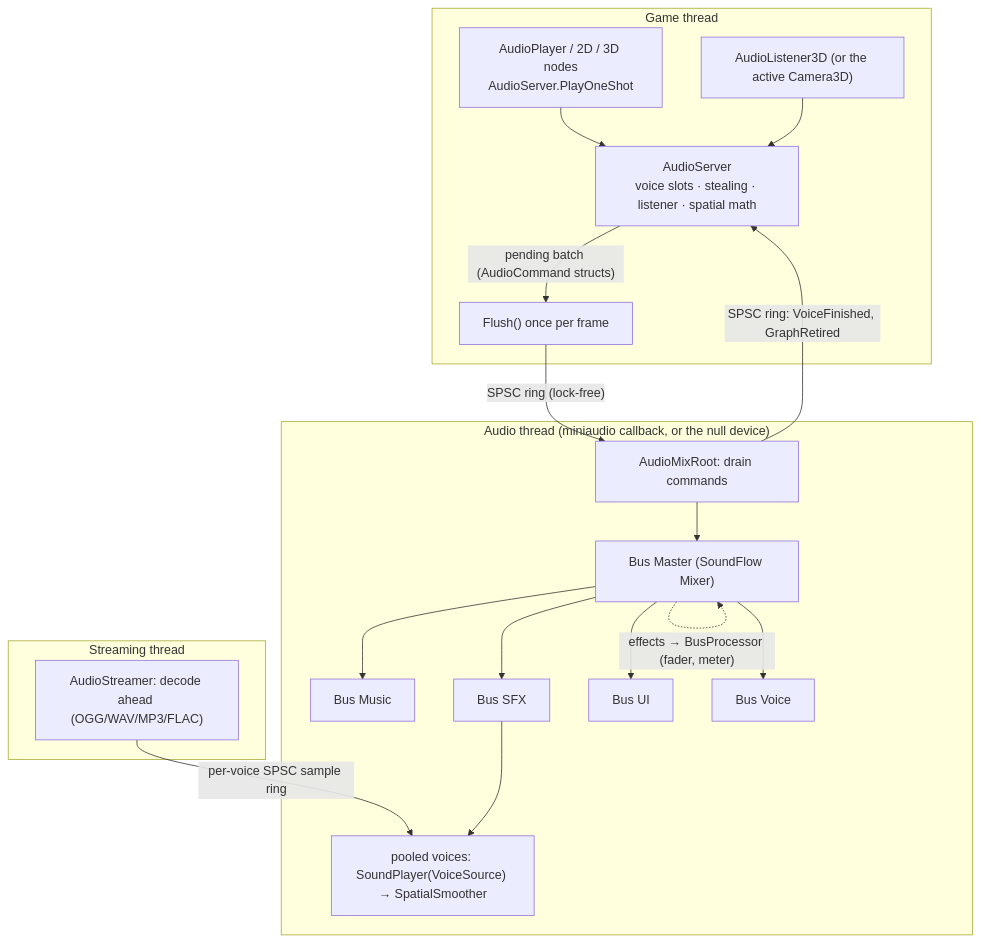
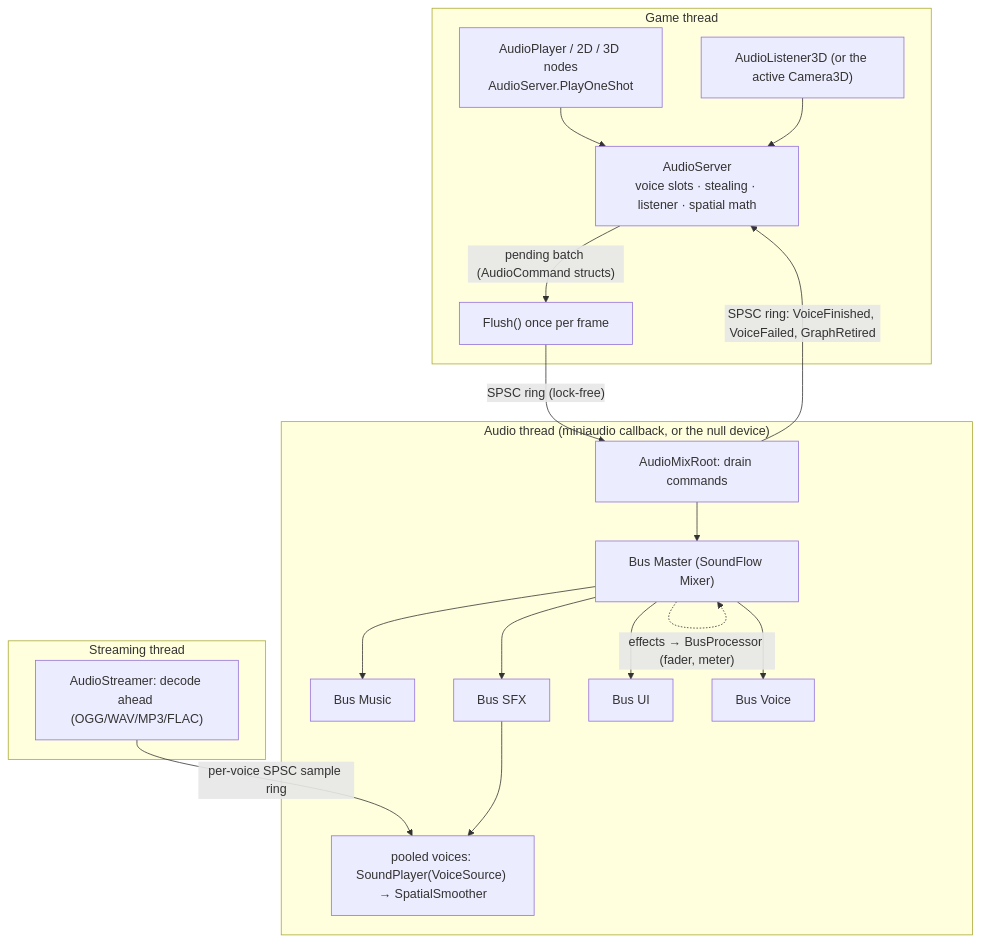
Before and after one commit to Mainframe-Games/mainframe-engine: the diagram in docs/design/audio.md, drawn with Mermaid. The commit also changed other lines of this file and 15 other files, not shown here.

````diff
--- a/docs/design/audio.md
+++ b/docs/design/audio.md
@@ -36,19 +36,19 @@
 ```mermaid
 flowchart TB
     subgraph Game["Game thread"]
         N["AudioPlayer / 2D / 3D nodes<br/>AudioServer.PlayOneShot"] --> AS["AudioServer<br/>voice slots · stealing · listener · spatial math"]
         L["AudioListener3D (or the active Camera3D)"] --> AS
         AS -- "pending batch (AudioCommand structs)" --> F["Flush() once per frame"]
     end
     F -- "SPSC ring (lock-free)" --> R
     subgraph Audio["Audio thread (miniaudio callback, or the null device)"]
         R["AudioMixRoot: drain commands"] --> M["Bus Master (SoundFlow Mixer)"]
         M --> Music["Bus Music"] & SFX["Bus SFX"] & UI["Bus UI"] & Voice["Bus Voice"]
         SFX --> V["pooled voices: SoundPlayer(VoiceSource) → SpatialSmoother"]
         M -. "effects → BusProcessor (fader, meter)" .-> M
     end
-    R -- "SPSC ring: VoiceFinished, GraphRetired" --> AS
+    R -- "SPSC ring: VoiceFinished, VoiceFailed, GraphRetired" --> AS
     subgraph Stream["Streaming thread"]
         D["AudioStreamer: decode ahead (OGG/WAV/MP3/FLAC)"] -- "per-voice SPSC sample ring" --> V
     end
 ```
````
